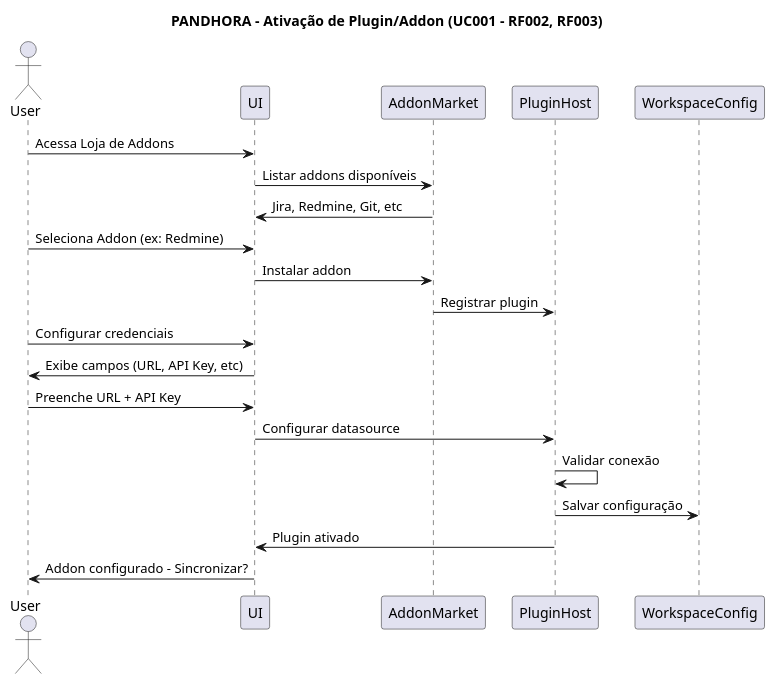
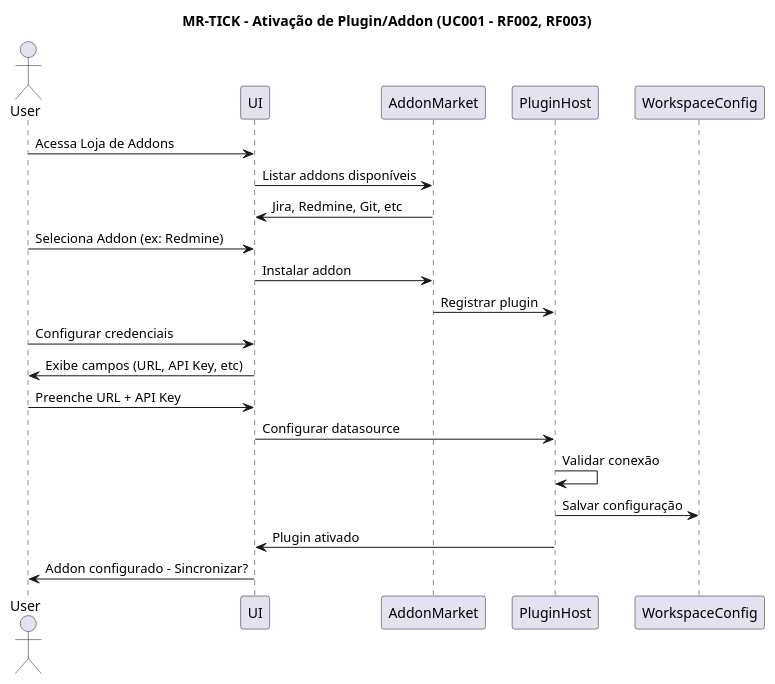
Before and after one commit to Gustavohps10/gamhora: the diagram in docs/srs/diagrams/puml/flow/diagram-flow-004-plugin-activation.puml, drawn with PlantUML. The commit also changed 329 other files, not shown here.

```diff
--- a/docs/srs/diagrams/puml/flow/diagram-flow-004-plugin-activation.puml
+++ b/docs/srs/diagrams/puml/flow/diagram-flow-004-plugin-activation.puml
@@ -1,27 +1,27 @@
 @startuml PluginActivationFlow
-title PANDHORA - Ativação de Plugin/Addon (UC001 - RF002, RF003)
+title MR-TICK - Ativação de Plugin/Addon (UC001 - RF002, RF003)
 actor User
 participant UI
 participant AddonMarket
 participant PluginHost
 participant WorkspaceConfig
 
 User -> UI: Acessa Loja de Addons
 UI -> AddonMarket: Listar addons disponíveis
 AddonMarket -> UI: Jira, Redmine, Git, etc
 
 User -> UI: Seleciona Addon (ex: Redmine)
 UI -> AddonMarket: Instalar addon
 AddonMarket -> PluginHost: Registrar plugin
 
 User -> UI: Configurar credenciais
 UI -> User: Exibe campos (URL, API Key, etc)
 User -> UI: Preenche URL + API Key
 
 UI -> PluginHost: Configurar datasource
 PluginHost -> PluginHost: Validar conexão
 PluginHost -> WorkspaceConfig: Salvar configuração
 
 PluginHost -> UI: Plugin ativado
 UI -> User: Addon configurado - Sincronizar?
 @enduml
```
